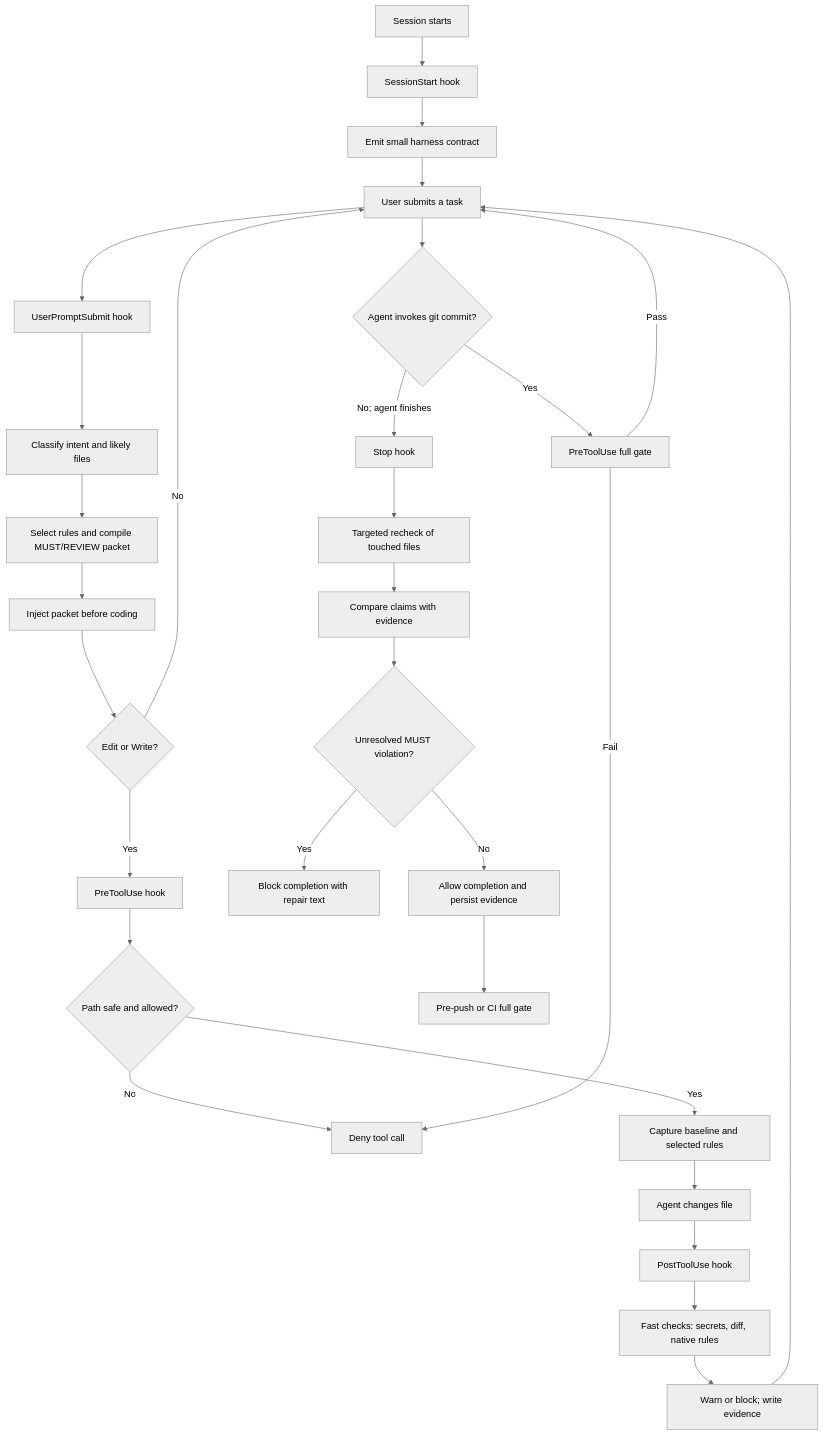
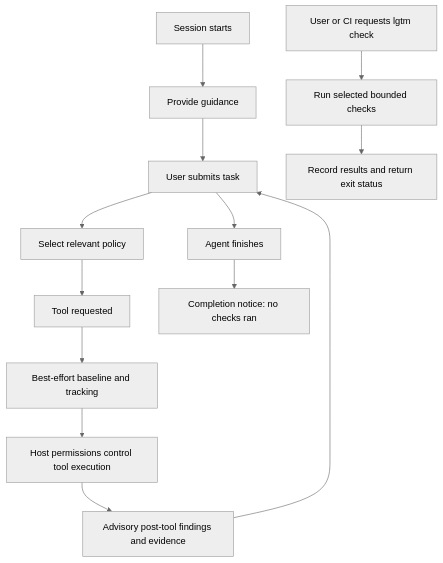
Before and after one commit to tcbuilds/lgtm: the diagram in README.md, drawn with Mermaid (neutral theme). The commit also changed other lines of this file and 64 other files, not shown here.

````diff
--- a/README.md
+++ b/README.md
@@ -132,32 +150,15 @@
 ```mermaid
 flowchart TD
-    A[Session starts] --> B[SessionStart hook]
-    B --> C[Emit small harness contract]
-    C --> D[User submits a task]
-    D --> E[UserPromptSubmit hook]
-    E --> F[Classify intent and likely files]
-    F --> G[Select rules and compile MUST/REVIEW packet]
-    G --> H[Inject packet before coding]
-    H --> I{Edit or Write?}
-    I -->|No| D
-    I -->|Yes| J[PreToolUse hook]
-    J --> K{Path safe and allowed?}
-    K -->|No| L[Deny tool call]
-    K -->|Yes| M[Capture baseline and selected rules]
-    M --> N[Agent changes file]
-    N --> O[PostToolUse hook]
-    O --> P[Fast checks: secrets, diff, native rules]
-    P --> Q[Warn or block; write evidence]
-    Q --> D
-    D --> R{Agent invokes git commit?}
-    R -->|Yes| Z[PreToolUse full gate]
-    Z -->|Fail| L
-    Z -->|Pass| D
-    R -->|No; agent finishes| S[Stop hook]
-    S --> T[Targeted recheck of touched files]
-    T --> U[Compare claims with evidence]
-    U --> V{Unresolved MUST violation?}
-    V -->|Yes| W[Block completion with repair text]
-    V -->|No| X[Allow completion and persist evidence]
-    X --> Y[Pre-push or CI full gate]
+    A[Session starts] --> B[Provide guidance]
+    B --> C[User submits task]
+    C --> D[Select relevant policy]
+    D --> E[Tool requested]
+    E --> F[Best-effort baseline and tracking]
+    F --> G[Host permissions control tool execution]
+    G --> H[Advisory post-tool findings and evidence]
+    H --> C
+    C --> I[Agent finishes]
+    I --> J[Completion notice: no checks ran]
+    K[User or CI requests lgtm check] --> L[Run selected bounded checks]
+    L --> M[Record results and return exit status]
 ```
````
